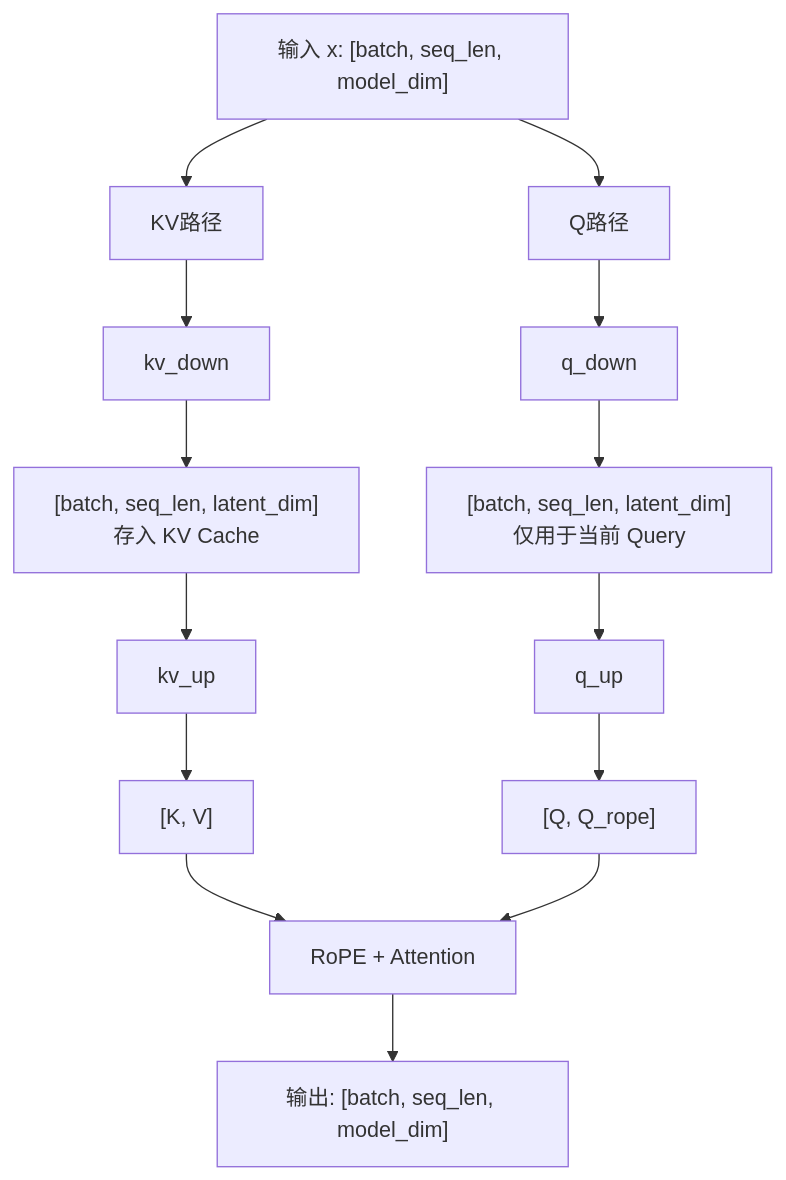
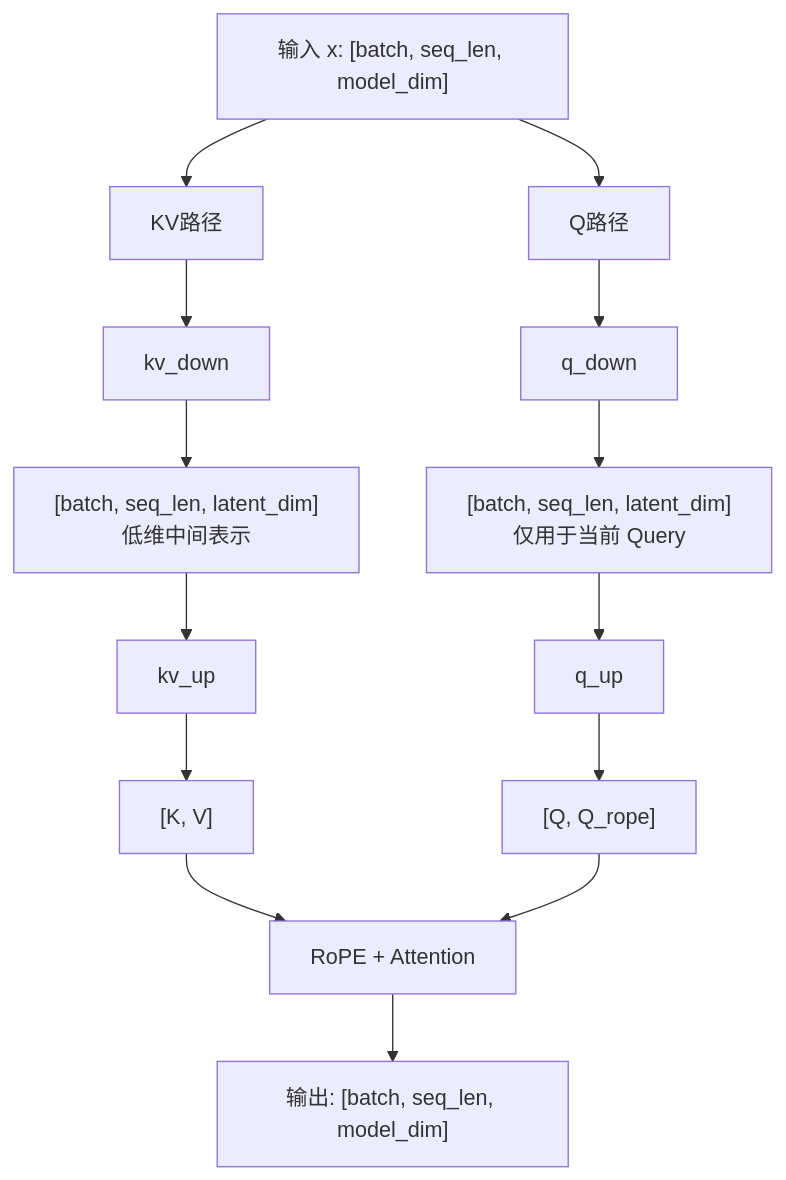
Before and after one commit to lyc61c/LLM-Interview-Code: the fourth of 14 diagrams in README.md, drawn with Mermaid. The commit also changed other lines of this file and 1 other file, not shown here.

````diff
--- a/README.md
+++ b/README.md
@@ -320,17 +239,17 @@
 ```mermaid
 flowchart TD
     X["输入 x: [batch, seq_len, model_dim]"]
     X --> KVPath["KV路径"]
     X --> QPath["Q路径"]
     KVPath --> KVDown["kv_down"]
-    KVDown --> KVLatent["[batch, seq_len, latent_dim]<br/>存入 KV Cache"]
+    KVDown --> KVLatent["[batch, seq_len, latent_dim]<br/>低维中间表示"]
     KVLatent --> KVUp["kv_up"]
     KVUp --> KV["[K, V]"]
     QPath --> QDown["q_down"]
     QDown --> QLatent["[batch, seq_len, latent_dim]<br/>仅用于当前 Query"]
     QLatent --> QUp["q_up"]
     QUp --> Q["[Q, Q_rope]"]
     KV --> Attention["RoPE + Attention"]
     Q --> Attention
     Attention --> Output["输出: [batch, seq_len, model_dim]"]
 ```
````
